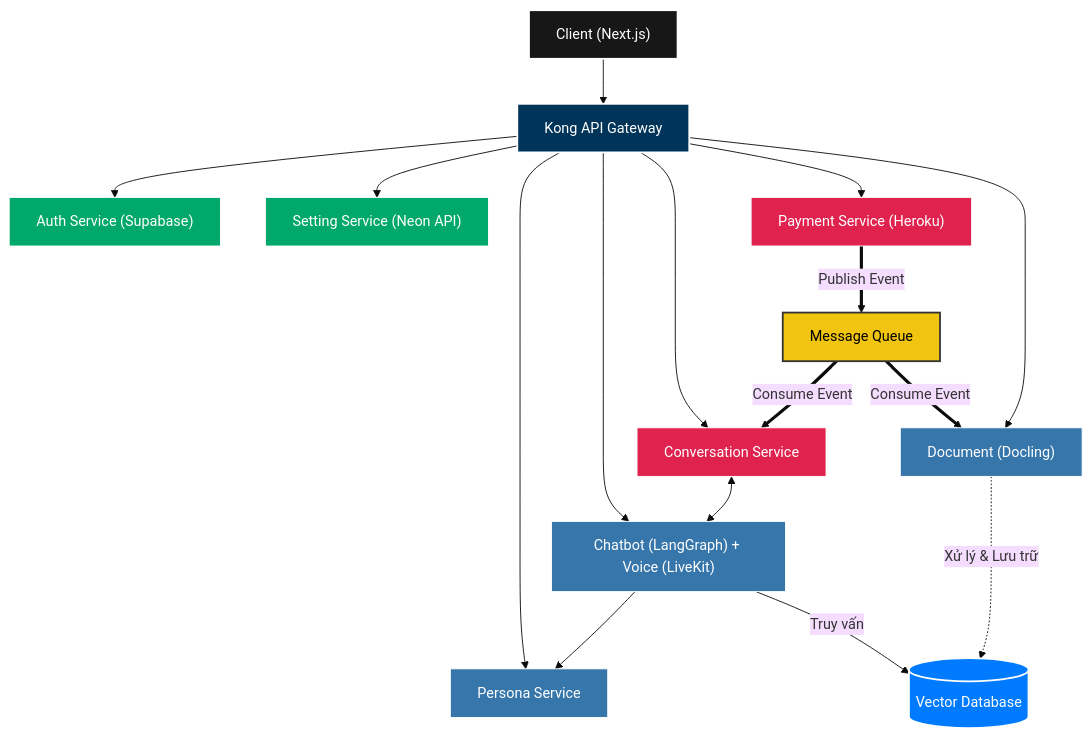
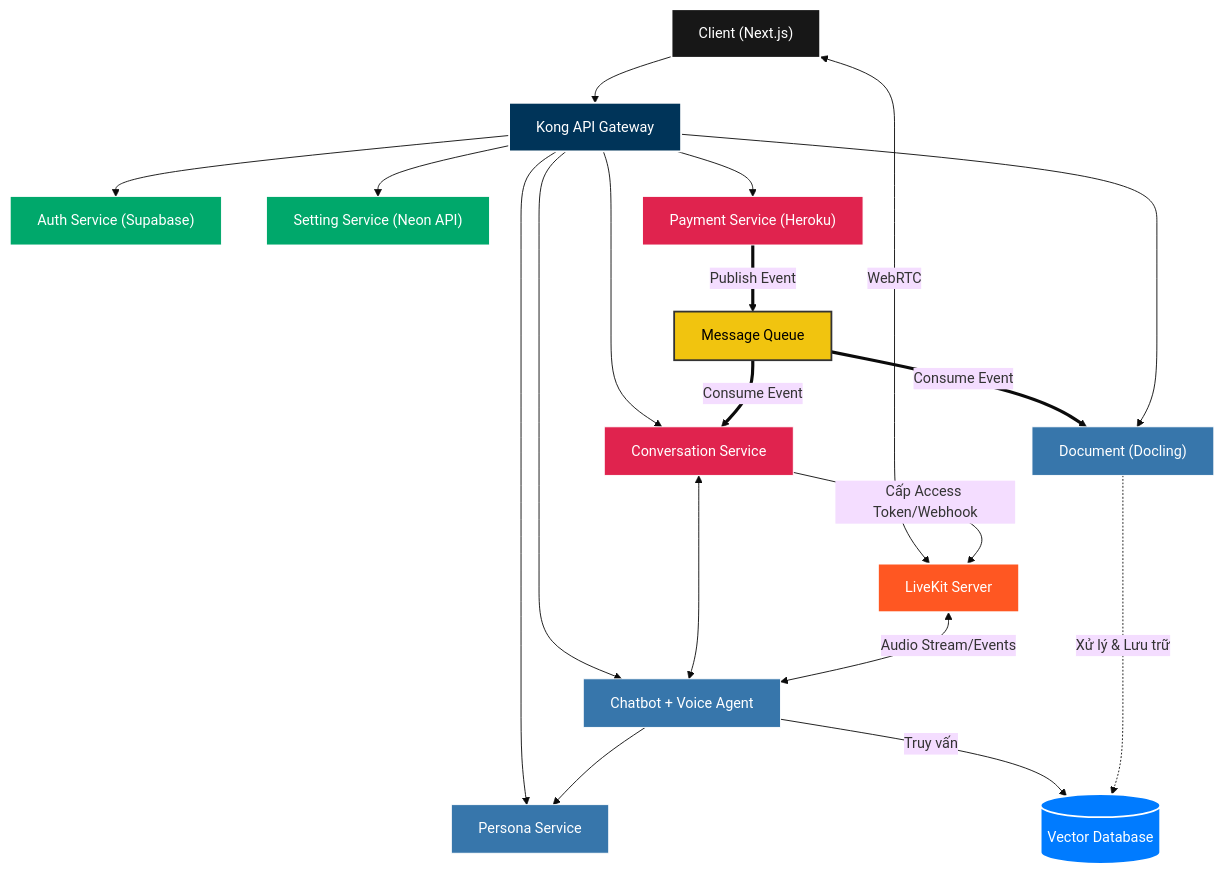
The diagram in docs/1. Tổng quan đề tài/1.2. Cơ sở lý thuyết/MSA.mmd (20206205Tech/docs-markdown), drawn with Mermaid (base theme) before and after one commit. The commit also changed 1 other file, not shown here.

```diff
--- a/docs/1. Tổng quan đề tài/1.2. Cơ sở lý thuyết/MSA.mmd
+++ b/docs/1. Tổng quan đề tài/1.2. Cơ sở lý thuyết/MSA.mmd
@@ -1,60 +1,67 @@
 graph TB
     %% Định nghĩa màu sắc (Styles)
     classDef client fill:#171717,stroke:#fff,stroke-width:2px,color:#fff;
     classDef gateway fill:#003459,stroke:#fff,stroke-width:2px,color:#fff;
     classDef external_svc fill:#00a86b,stroke:#fff,stroke-width:1px,color:#fff;
     classDef internal_nest fill:#e0234e,stroke:#fff,stroke-width:1px,color:#fff;
     classDef internal_python fill:#3776ab,stroke:#fff,stroke-width:1px,color:#fff;
     classDef vector_db fill:#007BFF,stroke:#fff,stroke-width:2px,color:#fff;
     classDef mq fill:#f1c40f,stroke:#333,stroke-width:2px,color:#000;
+    classDef rtc fill:#ff5722,stroke:#fff,stroke-width:2px,color:#fff;
 
     %% Các thành phần đầu vào
     Client["Client (Next.js)"]:::client
     Kong["Kong API Gateway"]:::gateway
 
     %% Các dịch vụ bên ngoài (External Services / Cloud)
     Auth["Auth Service (Supabase)"]:::external_svc
     Setting["Setting Service (Neon API)"]:::external_svc
     Payment["Payment Service (Heroku)"]:::internal_nest
 
     %% Message Broker
     MQ["Message Queue"]:::mq
 
+    %% Real-time Communication (Mới)
+    LiveKit["LiveKit Server"]:::rtc
+
     %% Các dịch vụ nội bộ NestJS
     Conv["Conversation Service"]:::internal_nest
     Persona["Persona Service"]:::internal_python
 
     %% Các dịch vụ nội bộ Python
-    Chatbot["Chatbot (LangGraph) + Voice (LiveKit)"]:::internal_python
+    Chatbot["Chatbot + Voice Agent"]:::internal_python
     Doc["Document (Docling)"]:::internal_python
 
     %% Cơ sở dữ liệu
     VectorDB[("Vector Database")]:::vector_db
 
-    %% Luồng giao tiếp Client - Gateway
+    %% Luồng giao tiếp Client
     Client --> Kong
+    Client <-->|WebRTC| LiveKit
 
     %% Luồng điều hướng từ Gateway
     Kong --> Auth
     Kong --> Setting
     Kong --> Payment
     Kong --> Conv
     Kong --> Persona
     Kong --> Chatbot
 
     %% Giao tiếp giữa các dịch vụ nội bộ
     Conv <--> Chatbot
     Chatbot --> Persona
 
+    %% Tích hợp LiveKit Server (Voice Agent)
+    LiveKit <-->|Audio Stream/Events| Chatbot
+    Conv -->|Cấp Access Token/Webhook| LiveKit
+
     %% Logic xử lý tài liệu mới (Vector Database)
     Chatbot -->|Truy vấn| VectorDB
     Doc -.->|Xử lý & Lưu trữ| VectorDB
 
     %% Luồng Event-Driven qua Message Queue
     Payment == Publish Event ==> MQ
     MQ == Consume Event ==> Conv
     MQ == Consume Event ==> Doc
 
-
-
     Kong --> Doc
```
